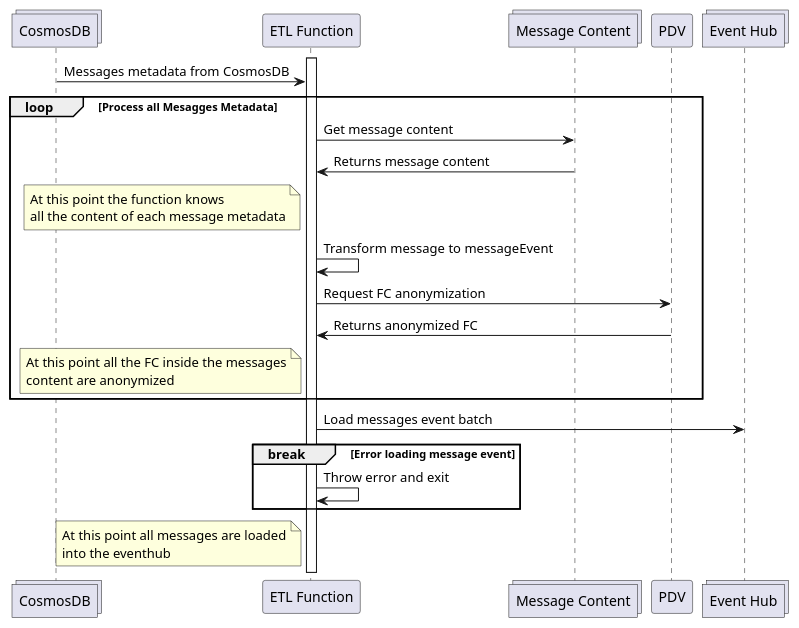
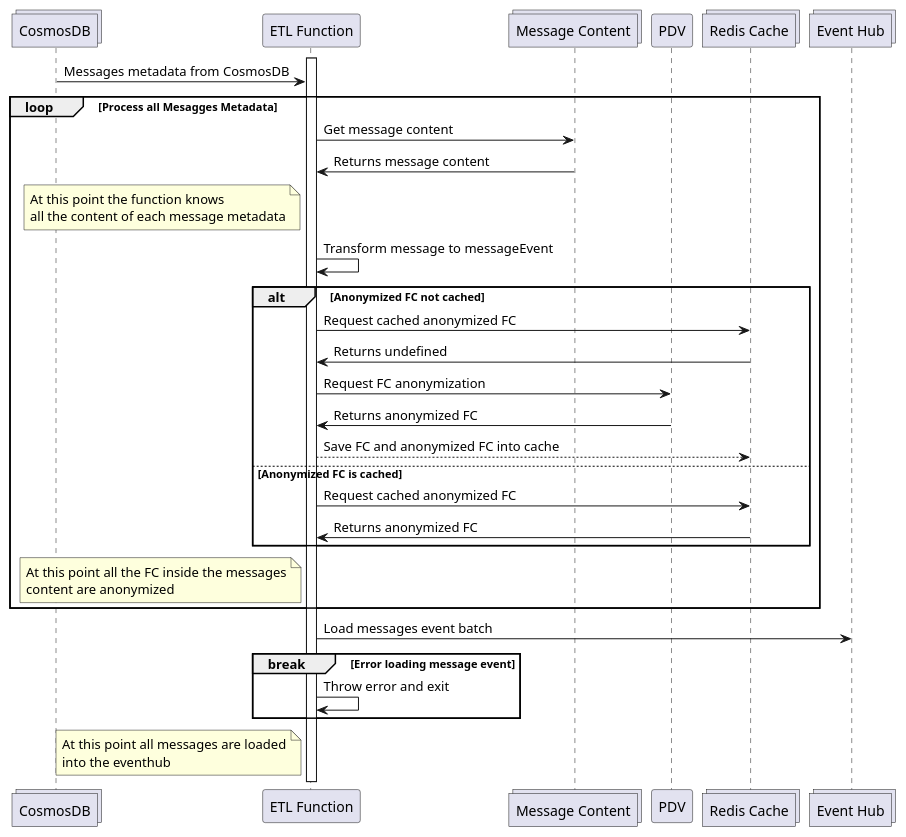
The diagram in apps/etl-func/docs/messages-ingestion/messages-ingestion-flow.puml (pagopa/io-messages), drawn with PlantUML before and after one commit. The commit also changed 1 other file, not shown here.

Commit message:
docs: adding redis part to message ingestion sequence diagram
Refs: IOCOM-2041

```diff
--- a/apps/etl-func/docs/messages-ingestion/messages-ingestion-flow.puml
+++ b/apps/etl-func/docs/messages-ingestion/messages-ingestion-flow.puml
@@ -1,36 +1,48 @@
 @startuml messages-ingestion-flow
 collections "CosmosDB" as CosmosDB
 participant "ETL Function" as etlFunc
 collections "Message Content" as MessageContent
 participant "PDV" as PDV
+collections "Redis Cache" as redis
 collections "Event Hub" as EventHub
 
 activate etlFunc
 CosmosDB -> etlFunc: Messages metadata from CosmosDB
 
 loop Process all Mesagges Metadata
   etlFunc -> MessageContent: Get message content
   MessageContent -> etlFunc: Returns message content
   note left of etlFunc
     At this point the function knows
     all the content of each message metadata
   end note
   etlFunc -> etlFunc: Transform message to messageEvent
-  etlFunc -> PDV: Request FC anonymization
-  PDV -> etlFunc: Returns anonymized FC
+
+  alt Anonymized FC not cached
+    etlFunc -> redis: Request cached anonymized FC
+    redis -> etlFunc: Returns undefined
+    etlFunc -> PDV: Request FC anonymization
+    PDV -> etlFunc: Returns anonymized FC
+    etlFunc --> redis: Save FC and anonymized FC into cache
+  else Anonymized FC is cached
+    etlFunc -> redis: Request cached anonymized FC
+    redis -> etlFunc: Returns anonymized FC
+  end
+
   note left of etlFunc
     At this point all the FC inside the messages
     content are anonymized
   end note
+
 end
 
 etlFunc -> EventHub: Load messages event batch
 break Error loading message event
     etlFunc -> etlFunc: Throw error and exit
 end
 note left of etlFunc
     At this point all messages are loaded
     into the eventhub
 end note
 
 @enduml
```
